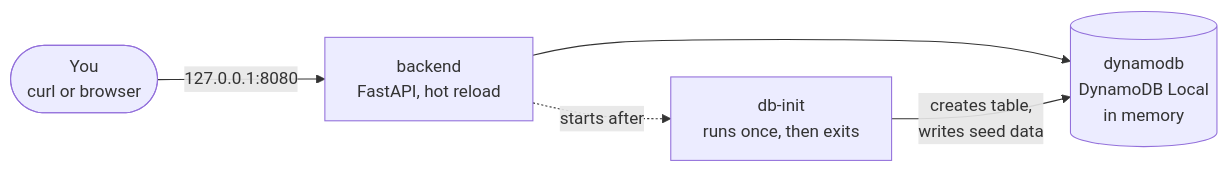
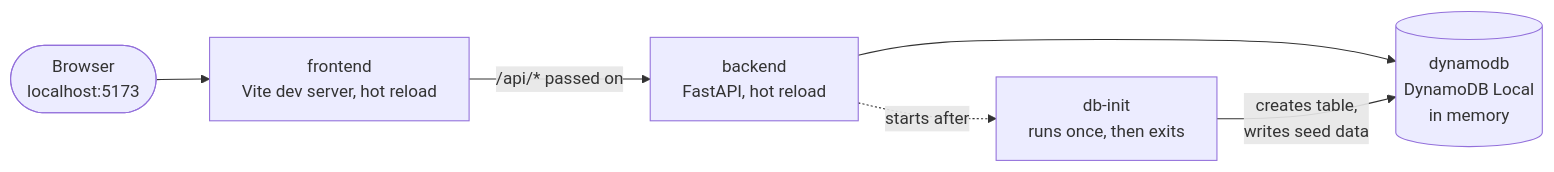
The diagram in docs/runbooks/local-dev.md (Rithun-C/tethrix), drawn with Mermaid before and after one commit. The commit also changed other lines of this file and 38 other files, not shown here.

````diff
--- a/docs/runbooks/local-dev.md
+++ b/docs/runbooks/local-dev.md
@@ -22,7 +22,8 @@
 ```mermaid
 flowchart LR
-  you([You<br/>curl or browser]) -- "127.0.0.1:8080" --> backend[backend<br/>FastAPI, hot reload]
+  you([Browser<br/>localhost:5173]) --> frontend[frontend<br/>Vite dev server, hot reload]
+  frontend -- "/api/* passed on" --> backend[backend<br/>FastAPI, hot reload]
   backend --> ddb[(dynamodb<br/>DynamoDB Local<br/>in memory)]
   init[db-init<br/>runs once, then exits] -- "creates table,<br/>writes seed data" --> ddb
   backend -. "starts after" .-> init
 ```
````
